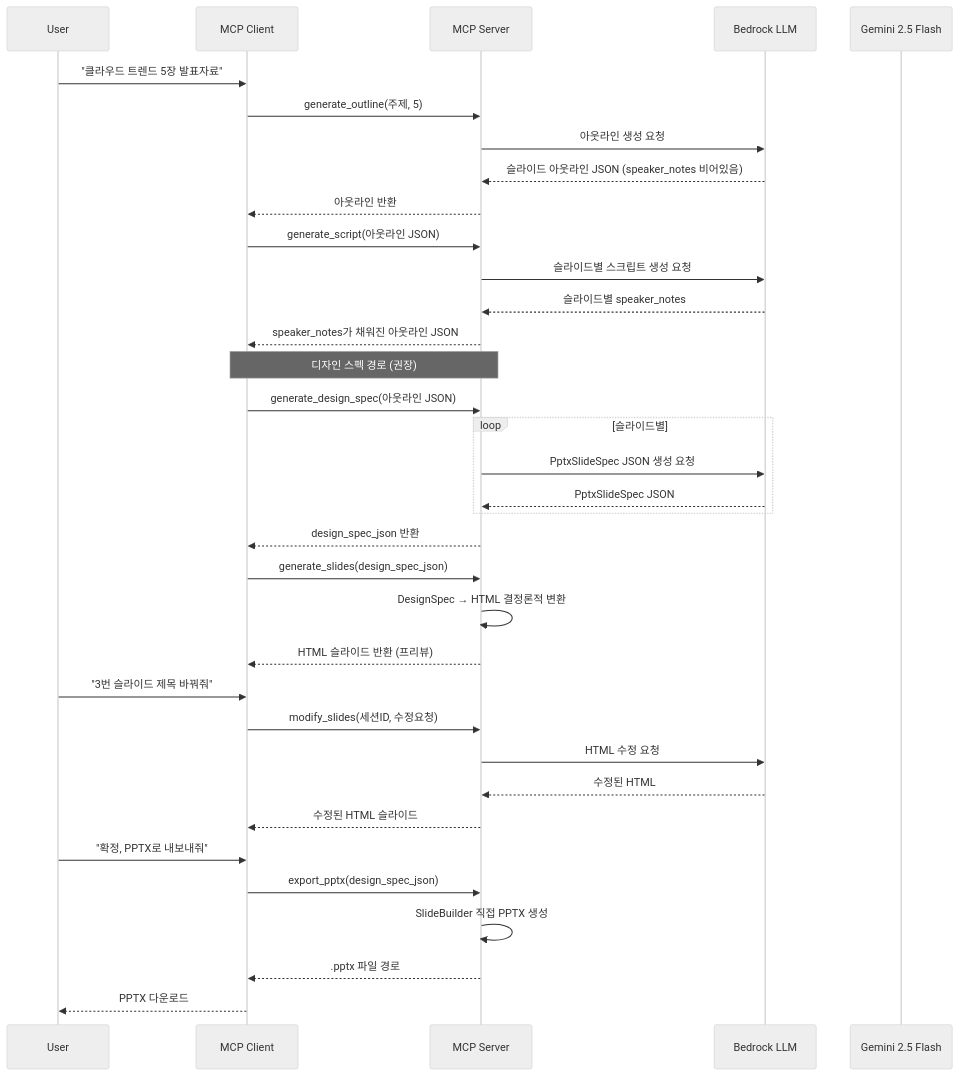
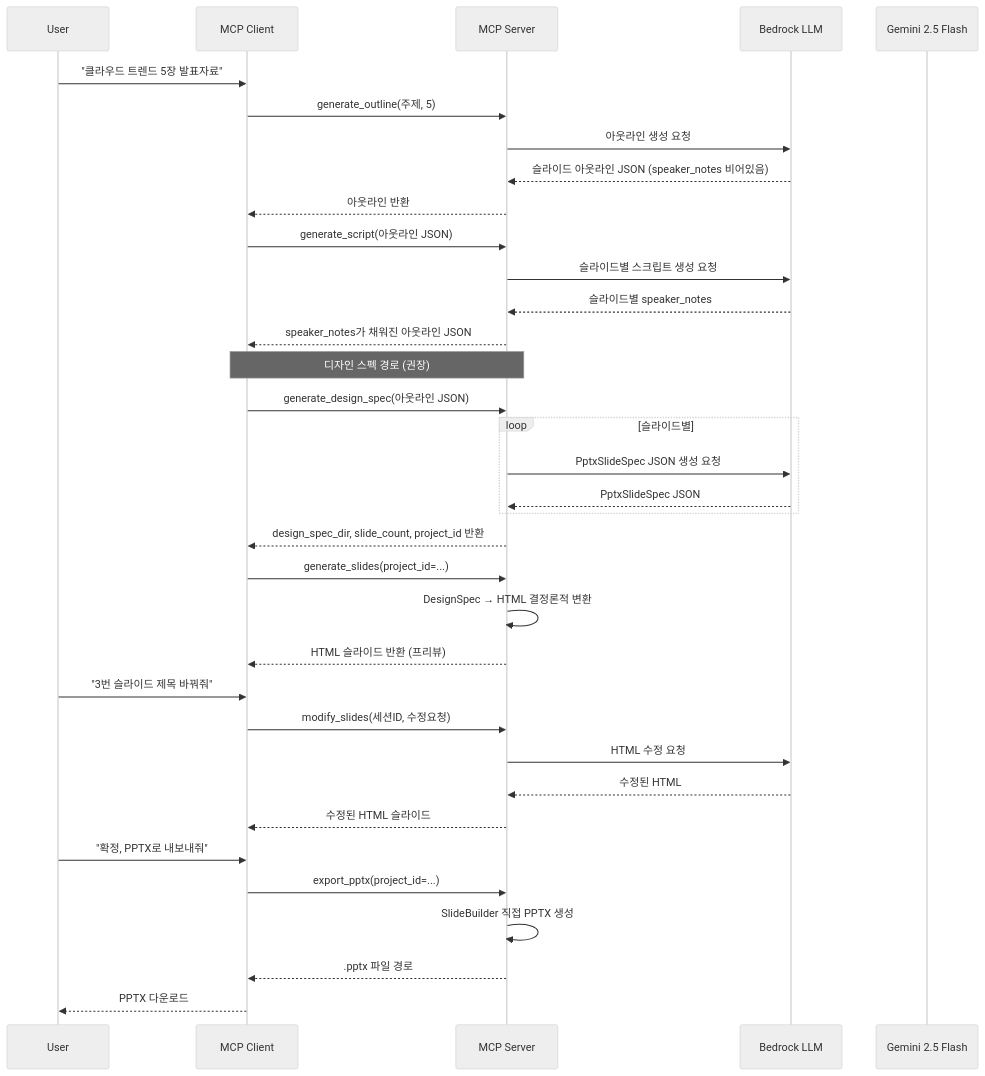
One commit to haandol/ppt-generator changed the third of 3 diagrams in docs/ppt-generator.alps.md. Above: the diagram before and after it, drawn with Mermaid (neutral theme). The commit also changed other lines of this file and 23 other files, not shown here.

First line of the commit message:
Split design spec into per-slide files and enhance design pipeline

````diff
--- a/docs/ppt-generator.alps.md
+++ b/docs/ppt-generator.alps.md
@@ -167,43 +168,43 @@
 ```mermaid
 sequenceDiagram
     participant User
     participant MCPClient as MCP Client
     participant MCPServer as MCP Server
     participant Bedrock as Bedrock LLM
     participant Gemini as Gemini 2.5 Flash
 
     User->>MCPClient: "클라우드 트렌드 5장 발표자료"
     MCPClient->>MCPServer: generate_outline(주제, 5)
     MCPServer->>Bedrock: 아웃라인 생성 요청
     Bedrock-->>MCPServer: 슬라이드 아웃라인 JSON (speaker_notes 비어있음)
     MCPServer-->>MCPClient: 아웃라인 반환
 
     MCPClient->>MCPServer: generate_script(아웃라인 JSON)
     MCPServer->>Bedrock: 슬라이드별 스크립트 생성 요청
     Bedrock-->>MCPServer: 슬라이드별 speaker_notes
     MCPServer-->>MCPClient: speaker_notes가 채워진 아웃라인 JSON
 
     Note over MCPClient,MCPServer: 디자인 스펙 경로 (권장)
     MCPClient->>MCPServer: generate_design_spec(아웃라인 JSON)
     loop 슬라이드별
         MCPServer->>Bedrock: PptxSlideSpec JSON 생성 요청
         Bedrock-->>MCPServer: PptxSlideSpec JSON
     end
-    MCPServer-->>MCPClient: design_spec_json 반환
+    MCPServer-->>MCPClient: design_spec_dir, slide_count, project_id 반환
 
-    MCPClient->>MCPServer: generate_slides(design_spec_json)
+    MCPClient->>MCPServer: generate_slides(project_id=...)
     MCPServer->>MCPServer: DesignSpec → HTML 결정론적 변환
     MCPServer-->>MCPClient: HTML 슬라이드 반환 (프리뷰)
 
     User->>MCPClient: "3번 슬라이드 제목 바꿔줘"
     MCPClient->>MCPServer: modify_slides(세션ID, 수정요청)
     MCPServer->>Bedrock: HTML 수정 요청
     Bedrock-->>MCPServer: 수정된 HTML
     MCPServer-->>MCPClient: 수정된 HTML 슬라이드
 
     User->>MCPClient: "확정, PPTX로 내보내줘"
-    MCPClient->>MCPServer: export_pptx(design_spec_json)
+    MCPClient->>MCPServer: export_pptx(project_id=...)
     MCPServer->>MCPServer: SlideBuilder 직접 PPTX 생성
     MCPServer-->>MCPClient: .pptx 파일 경로
     MCPClient-->>User: PPTX 다운로드
 ```
````
